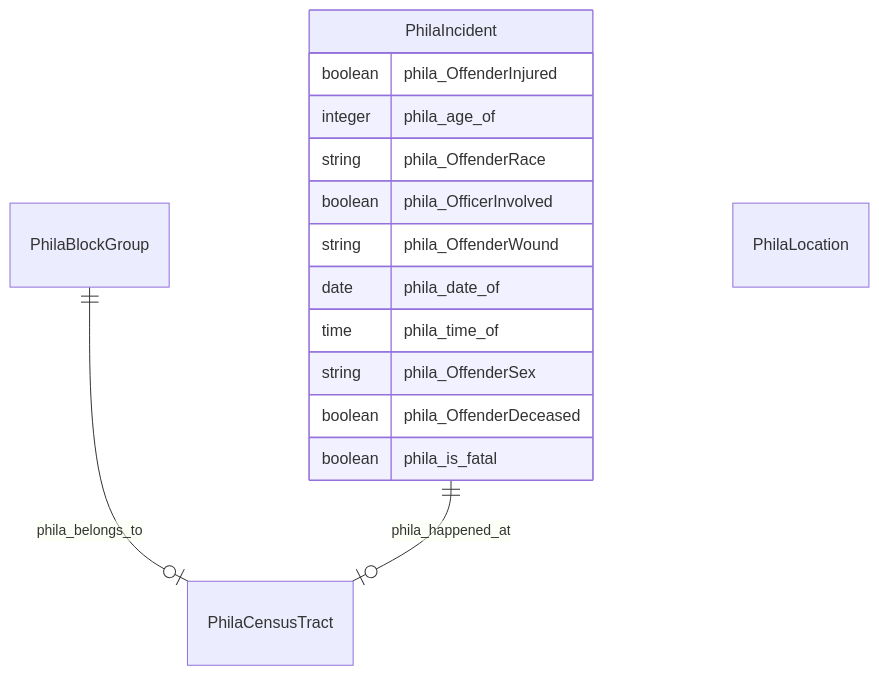
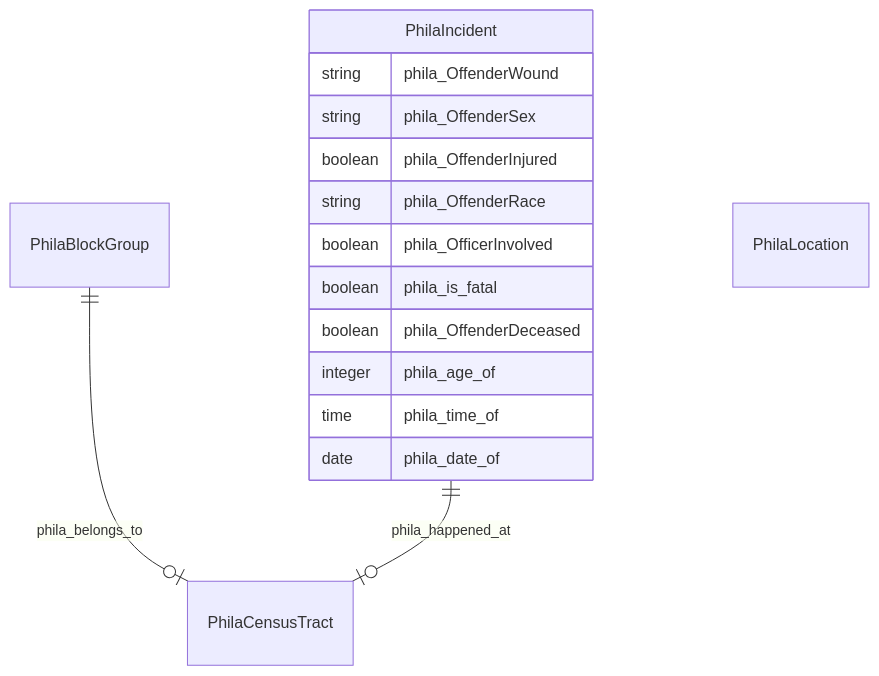
The diagram in neighborhood-kg/README.md (frink-okn/graph-descriptions), drawn with Mermaid before and after one commit. The commit also changed other lines of this file and 23 other files, not shown here.

````diff
--- a/neighborhood-kg/README.md
+++ b/neighborhood-kg/README.md
@@ -13,28 +9,28 @@
 ```mermaid
 erDiagram
 PhilaBlockGroup {
 
 }
 PhilaCensusTract {
 
 }
 PhilaIncident {
+    string phila_OffenderWound  
+    string phila_OffenderSex  
     boolean phila_OffenderInjured  
-    integer phila_age_of  
     string phila_OffenderRace  
     boolean phila_OfficerInvolved  
-    string phila_OffenderWound  
+    boolean phila_is_fatal  
+    boolean phila_OffenderDeceased  
+    integer phila_age_of  
+    time phila_time_of  
     date phila_date_of  
-    time phila_time_of  
-    string phila_OffenderSex  
-    boolean phila_OffenderDeceased  
-    boolean phila_is_fatal  
 }
 PhilaLocation {
 
 }
 
 PhilaBlockGroup ||--|o PhilaCensusTract : "phila_belongs_to"
 PhilaIncident ||--|o PhilaCensusTract : "phila_happened_at"
 
 ```
````
